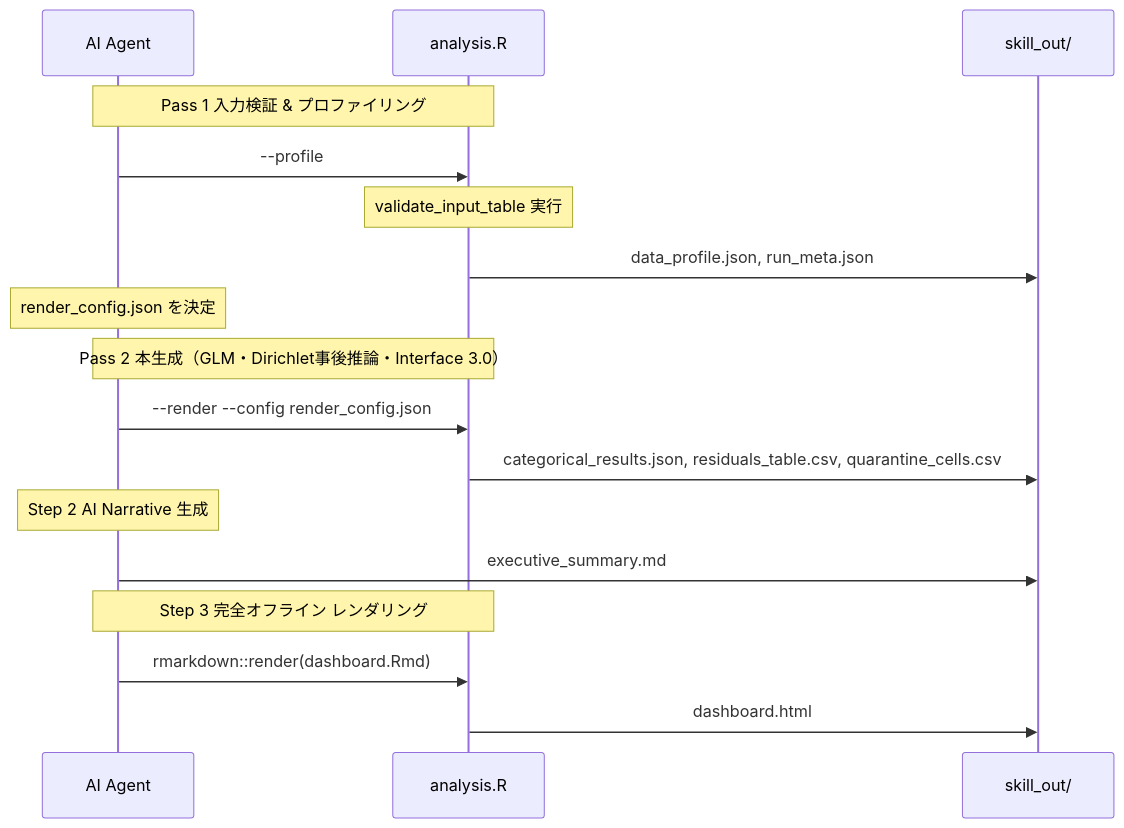
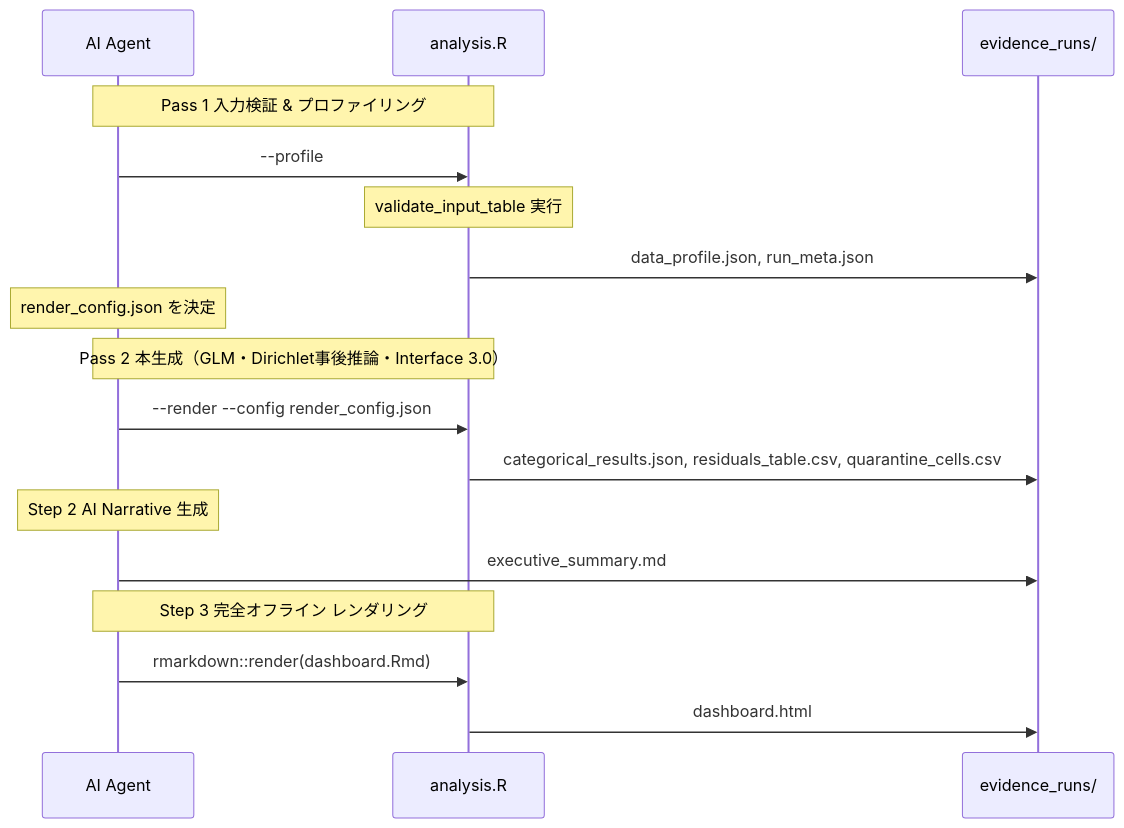
One commit to syrius2000/agentic-evidence-analysis changed the second of 2 diagrams in .agents/skills/vcd-categorical-analysis/references/workflow.md. Above: the diagram before and after it, drawn with Mermaid. The commit also changed 32 other files, not shown here.

Commit message:
Yip: : unify evidence run outputs under evidence_runs with automated run IDs

````diff
--- a/.agents/skills/vcd-categorical-analysis/references/workflow.md
+++ b/.agents/skills/vcd-categorical-analysis/references/workflow.md
@@ -33,23 +33,23 @@
 ```mermaid
 sequenceDiagram
     participant AI as AI Agent
     participant R as analysis.R
-    participant Out as skill_out/
+    participant Out as evidence_runs/
 
     Note over AI,R: Pass 1 入力検証 & プロファイリング
     AI->>R: --profile
     Note over R: validate_input_table 実行
     R->>Out: data_profile.json, run_meta.json
 
     Note over AI: render_config.json を決定
     Note over AI,R: Pass 2 本生成（GLM・Dirichlet事後推論・Interface 3.0）
     AI->>R: --render --config render_config.json
     R->>Out: categorical_results.json, residuals_table.csv, quarantine_cells.csv
 
     Note over AI: Step 2 AI Narrative 生成
     AI->>Out: executive_summary.md
 
     Note over AI,R: Step 3 完全オフライン レンダリング
     AI->>R: rmarkdown::render(dashboard.Rmd)
     R->>Out: dashboard.html
 ```
````
